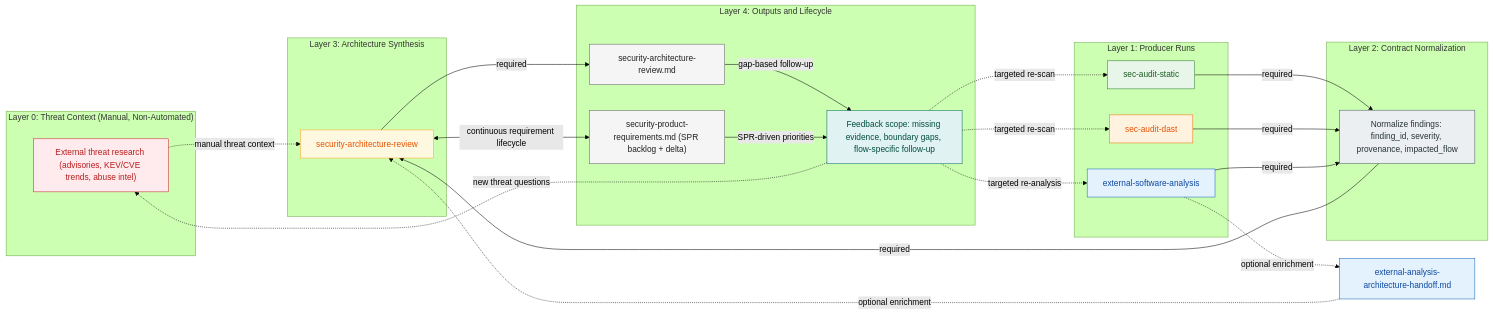
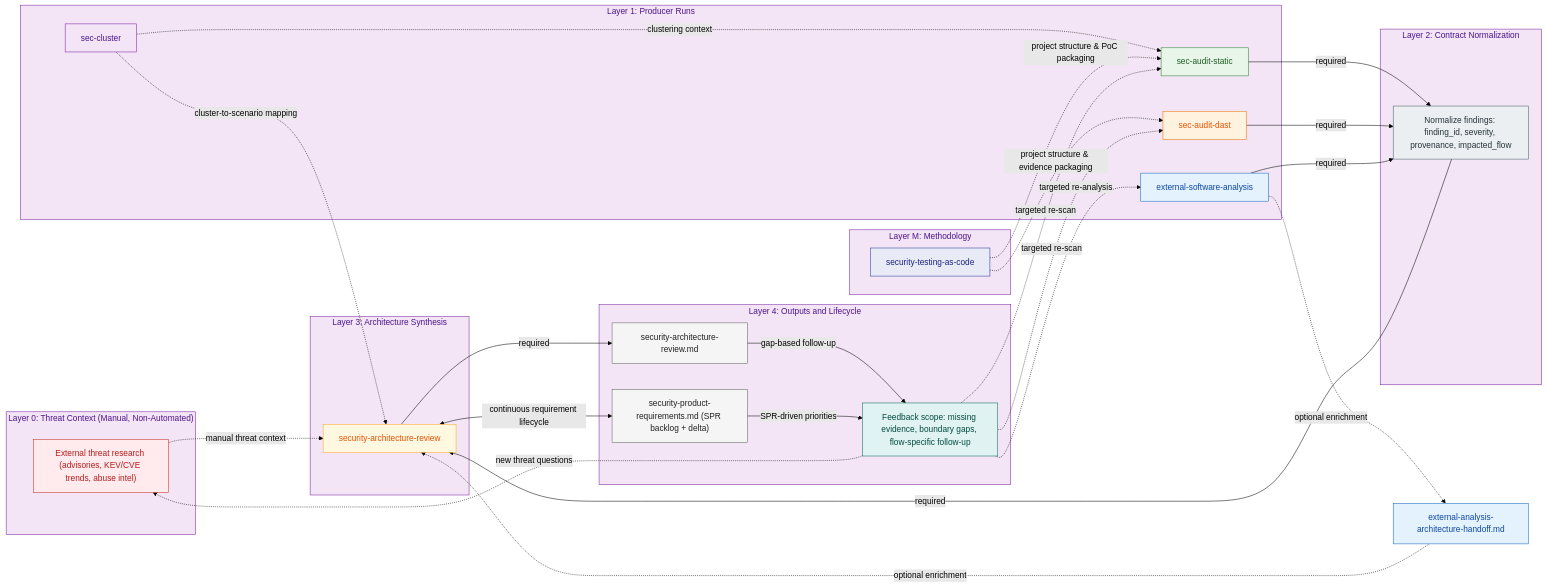
Before and after one commit to windshock/oh-my-secuaudit: the diagram in README.md, drawn with Mermaid (forest theme). The commit also changed other lines of this file and 24 other files, not shown here.

First line of the commit message:
feat: add sec-cluster and security-testing-as-code skills, Claude Code support

````diff
--- a/README.md
+++ b/README.md
@@ -23,64 +27,78 @@
 ```mermaid
 flowchart LR
     subgraph L0["Layer 0: Threat Context (Manual, Non-Automated)"]
         T["External threat research (advisories, KEV/CVE trends, abuse intel)"]
     end
 
     subgraph L1["Layer 1: Producer Runs"]
         S["sec-audit-static"]
+        CL["sec-cluster"]
         D["sec-audit-dast"]
         E["external-software-analysis"]
+    end
+
+    subgraph LM["Layer M: Methodology"]
+        STAC["security-testing-as-code"]
     end
 
     subgraph L2["Layer 2: Contract Normalization"]
         N["Normalize findings: finding_id, severity, provenance, impacted_flow"]
     end
 
     subgraph L3["Layer 3: Architecture Synthesis"]
         R["security-architecture-review"]
     end
 
     subgraph L4["Layer 4: Outputs and Lifecycle"]
         O["security-architecture-review.md"]
         P["security-product-requirements.md (SPR backlog + delta)"]
         FB["Feedback scope: missing evidence, boundary gaps, flow-specific follow-up"]
     end
 
     S -->|required| N
+    CL -.->|clustering context| S
+    CL -.->|cluster-to-scenario mapping| R
     D -->|required| N
     E -->|required| N
     E -.->|optional enrichment| EH["external-analysis-architecture-handoff.md"]
     T -.->|manual threat context| R
+    STAC -.->|project structure & PoC packaging| S
+    STAC -.->|project structure & evidence packaging| D
 
     N -->|required| R
     EH -.->|optional enrichment| R
 
     R -->|required| O
     R <--> |continuous requirement lifecycle| P
 
     O -->|gap-based follow-up| FB
     P -->|SPR-driven priorities| FB
 
     FB -.->|targeted re-scan| S
     FB -.->|targeted re-scan| D
     FB -.->|targeted re-analysis| E
     FB -.->|new threat questions| T
 
     classDef static fill:#e8f5e9,stroke:#2e7d32,color:#1b5e20;
     classDef runtime fill:#fff3e0,stroke:#ef6c00,color:#e65100;
     classDef external fill:#e3f2fd,stroke:#1565c0,color:#0d47a1;
     classDef threat fill:#ffebee,stroke:#c62828,color:#b71c1c;
     classDef review fill:#fff8e1,stroke:#f9a825,color:#e65100;
     classDef contract fill:#eceff1,stroke:#455a64,color:#263238;
     classDef artifact fill:#f5f5f5,stroke:#616161,color:#212121;
     classDef feedback fill:#e0f2f1,stroke:#00695c,color:#004d40;
 
+    classDef cluster fill:#f3e5f5,stroke:#7b1fa2,color:#4a148c;
+    classDef methodology fill:#e8eaf6,stroke:#283593,color:#1a237e;
+
     class T threat;
     class S static;
+    class CL cluster;
     class D runtime;
     class E,EH external;
     class N contract;
     class R review;
     class O,P artifact;
     class FB feedback;
+    class STAC methodology;
 ```
````
